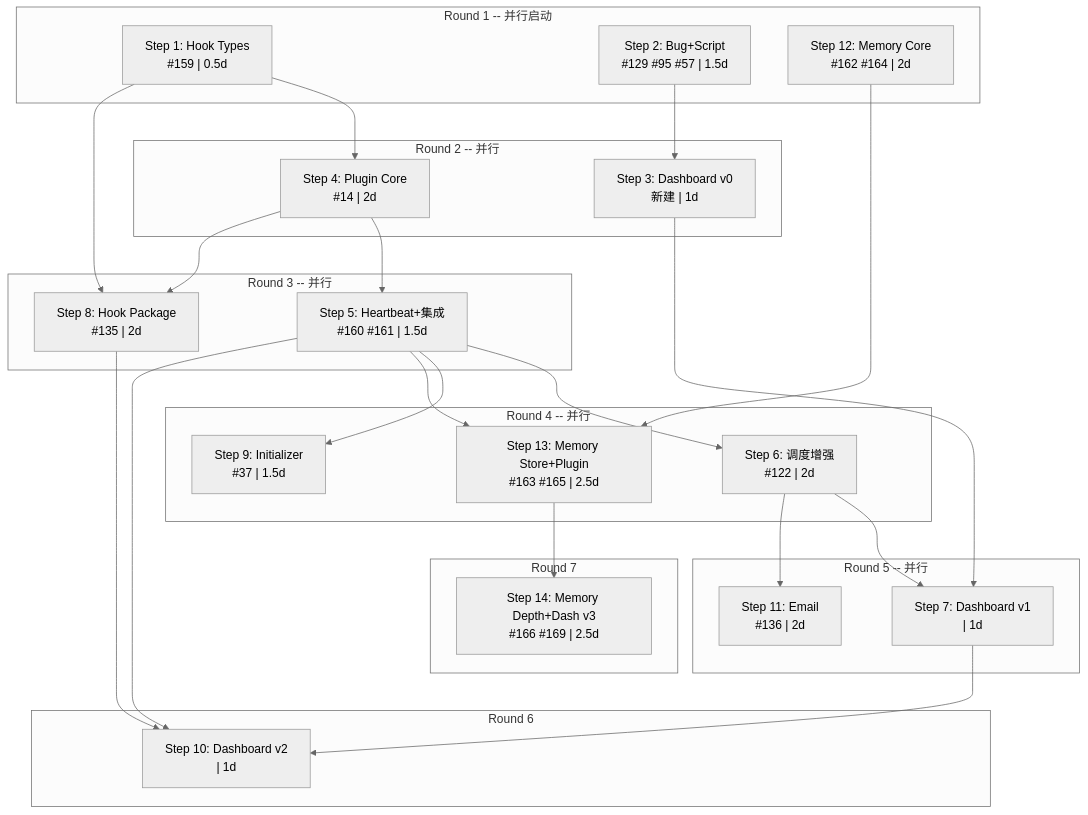
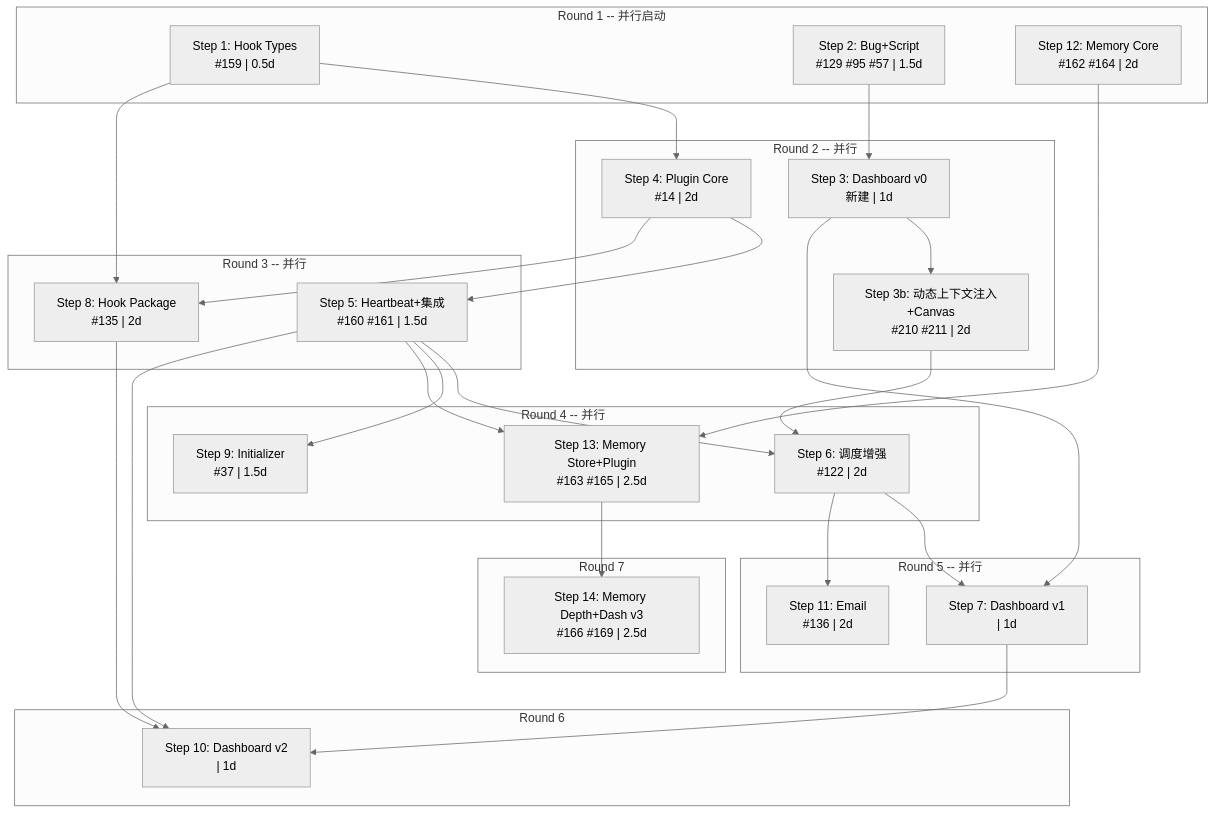
The diagram in docs/planning/phase4-employee-steps.md (blackplume233/Actant), drawn with Mermaid (neutral theme) before and after one commit. The commit also changed other lines of this file and 132 other files, not shown here.

````diff
--- a/docs/planning/phase4-employee-steps.md
+++ b/docs/planning/phase4-employee-steps.md
@@ -24,54 +24,57 @@
 ```mermaid
 flowchart TB
     subgraph R1 ["Round 1 -- 并行启动"]
         S1["Step 1: Hook Types<br/>#159 | 0.5d"]
         S2["Step 2: Bug+Script<br/>#129 #95 #57 | 1.5d"]
         S12["Step 12: Memory Core<br/>#162 #164 | 2d"]
     end
 
     subgraph R2 ["Round 2 -- 并行"]
         S3["Step 3: Dashboard v0<br/>新建 | 1d"]
+        S3b["Step 3b: 动态上下文注入+Canvas<br/>#210 #211 | 2d"]
         S4["Step 4: Plugin Core<br/>#14 | 2d"]
     end
 
     subgraph R3 ["Round 3 -- 并行"]
         S5["Step 5: Heartbeat+集成<br/>#160 #161 | 1.5d"]
         S8["Step 8: Hook Package<br/>#135 | 2d"]
     end
 
     subgraph R4 ["Round 4 -- 并行"]
         S6["Step 6: 调度增强<br/>#122 | 2d"]
         S9["Step 9: Initializer<br/>#37 | 1.5d"]
         S13["Step 13: Memory Store+Plugin<br/>#163 #165 | 2.5d"]
     end
 
     subgraph R5 ["Round 5 -- 并行"]
         S7["Step 7: Dashboard v1<br/>| 1d"]
         S11["Step 11: Email<br/>#136 | 2d"]
     end
 
     subgraph R6 ["Round 6"]
         S10["Step 10: Dashboard v2<br/>| 1d"]
     end
 
     subgraph R7 ["Round 7"]
         S14["Step 14: Memory Depth+Dash v3<br/>#166 #169 | 2.5d"]
     end
 
     S1 --> S4
     S2 --> S3
+    S3 --> S3b
     S4 --> S5
     S1 --> S8
     S4 --> S8
     S5 --> S6
+    S3b --> S6
     S5 --> S9
     S5 --> S13
     S12 --> S13
     S3 --> S7
     S6 --> S7
     S6 --> S11
     S7 --> S10
     S5 --> S10
     S8 --> S10
     S13 --> S14
 ```
````
